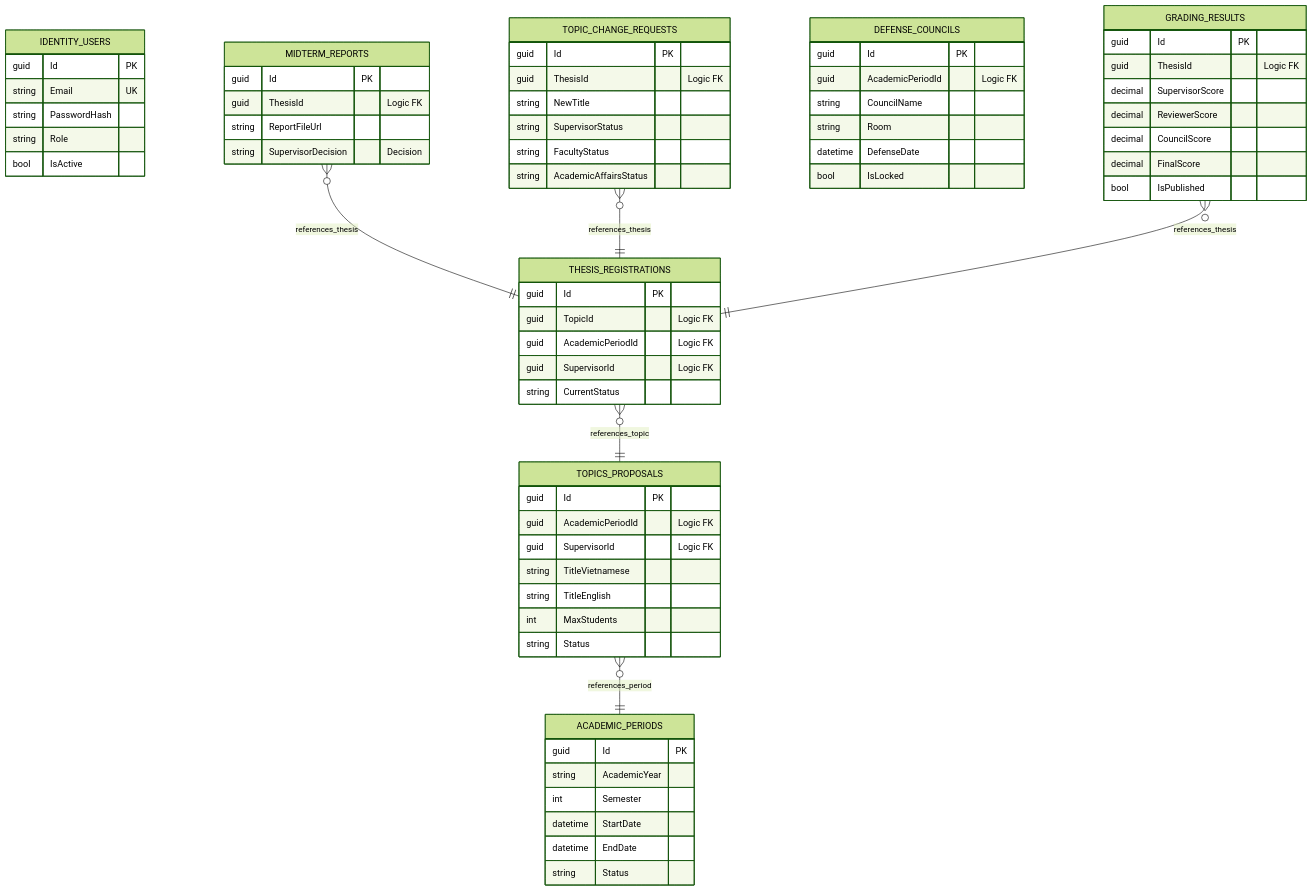
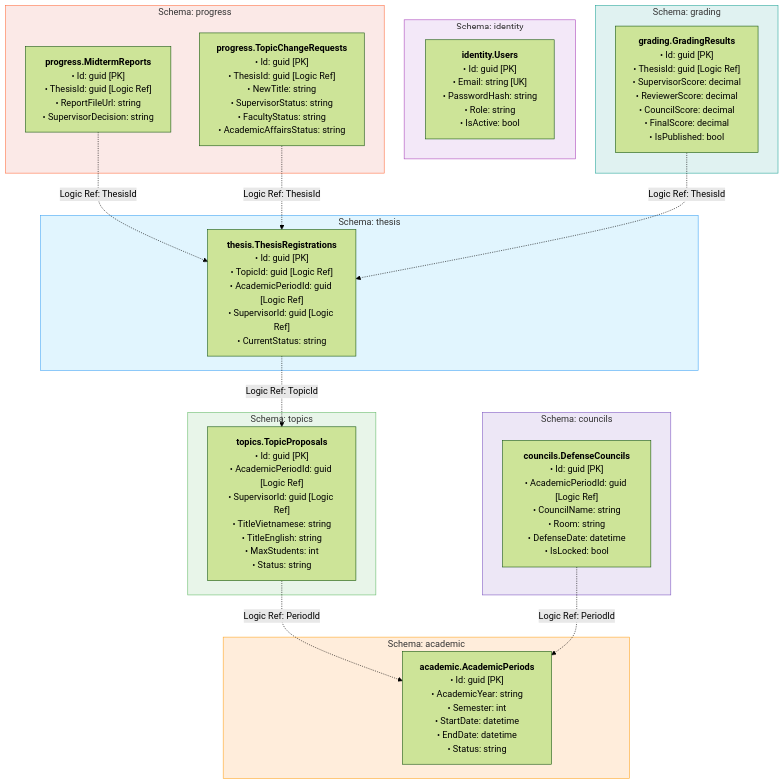
Diagram 12 of 13 in docs/Architecture.md (karasuma-2401/UGTM), drawn with Mermaid (forest theme) before and after one commit. The commit also changed other lines of this file, not shown here.

Commit message:
fix: diagram part 2

````diff
--- a/docs/Architecture.md
+++ b/docs/Architecture.md
@@ -660,85 +660,46 @@
 ```mermaid
-erDiagram
-    %% Schema identity
-    IDENTITY_USERS {
-        guid Id PK
-        string Email UK
-        string PasswordHash
-        string Role
-        bool IsActive
-    }
+flowchart TB
+    subgraph S_Identity["Schema: identity"]
+        T_Users["<b>identity.Users</b><br/>• Id: guid [PK]<br/>• Email: string [UK]<br/>• PasswordHash: string<br/>• Role: string<br/>• IsActive: bool"]
+    end
 
-    %% Schema academic
-    ACADEMIC_PERIODS {
-        guid Id PK
-        string AcademicYear
-        int Semester
-        datetime StartDate
-        datetime EndDate
-        string Status
-    }
+    subgraph S_Academic["Schema: academic"]
+        T_Periods["<b>academic.AcademicPeriods</b><br/>• Id: guid [PK]<br/>• AcademicYear: string<br/>• Semester: int<br/>• StartDate: datetime<br/>• EndDate: datetime<br/>• Status: string"]
+    end
 
-    %% Schema topics
-    TOPICS_PROPOSALS {
-        guid Id PK
-        guid AcademicPeriodId "Logic FK"
-        guid SupervisorId "Logic FK"
-        string TitleVietnamese
-        string TitleEnglish
-        int MaxStudents
-        string Status
-    }
+    subgraph S_Topics["Schema: topics"]
+        T_Topics["<b>topics.TopicProposals</b><br/>• Id: guid [PK]<br/>• AcademicPeriodId: guid [Logic Ref]<br/>• SupervisorId: guid [Logic Ref]<br/>• TitleVietnamese: string<br/>• TitleEnglish: string<br/>• MaxStudents: int<br/>• Status: string"]
+    end
 
-    %% Schema thesis
-    THESIS_REGISTRATIONS {
-        guid Id PK
-        guid TopicId "Logic FK"
-        guid AcademicPeriodId "Logic FK"
-        guid SupervisorId "Logic FK"
-        string CurrentStatus
-    }
+    subgraph S_Thesis["Schema: thesis"]
+        T_Thesis["<b>thesis.ThesisRegistrations</b><br/>• Id: guid [PK]<br/>• TopicId: guid [Logic Ref]<br/>• AcademicPeriodId: guid [Logic Ref]<br/>• SupervisorId: guid [Logic Ref]<br/>• CurrentStatus: string"]
+    end
 
-    %% Schema progress
-    MIDTERM_REPORTS {
-        guid Id PK
-        guid ThesisId "Logic FK"
-        string ReportFileUrl
-        string SupervisorDecision "Decision"
-    }
+    subgraph S_Progress["Schema: progress"]
+        T_Midterm["<b>progress.MidtermReports</b><br/>• Id: guid [PK]<br/>• ThesisId: guid [Logic Ref]<br/>• ReportFileUrl: string<br/>• SupervisorDecision: string"]
+        T_Change["<b>progress.TopicChangeRequests</b><br/>• Id: guid [PK]<br/>• ThesisId: guid [Logic Ref]<br/>• NewTitle: string<br/>• SupervisorStatus: string<br/>• FacultyStatus: string<br/>• AcademicAffairsStatus: string"]
+    end
 
-    TOPIC_CHANGE_REQUESTS {
-        guid Id PK
-        guid ThesisId "Logic FK"
-        string NewTitle
-        string SupervisorStatus
-        string FacultyStatus
-        string AcademicAffairsStatus
-    }
+    subgraph S_Councils["Schema: councils"]
+        T_Councils["<b>councils.DefenseCouncils</b><br/>• Id: guid [PK]<br/>• AcademicPeriodId: guid [Logic Ref]<br/>• CouncilName: string<br/>• Room: string<br/>• DefenseDate: datetime<br/>• IsLocked: bool"]
+    end
 
-    %% Schema councils
-    DEFENSE_COUNCILS {
-        guid Id PK
-        guid AcademicPeriodId "Logic FK"
-        string CouncilName
-        string Room
-        datetime DefenseDate
-        bool IsLocked
-    }
+    subgraph S_Grading["Schema: grading"]
+        T_Grading["<b>grading.GradingResults</b><br/>• Id: guid [PK]<br/>• ThesisId: guid [Logic Ref]<br/>• SupervisorScore: decimal<br/>• ReviewerScore: decimal<br/>• CouncilScore: decimal<br/>• FinalScore: decimal<br/>• IsPublished: bool"]
+    end
 
-    %% Schema grading
-    GRADING_RESULTS {
-        guid Id PK
-        guid ThesisId "Logic FK"
-        decimal SupervisorScore
-        decimal ReviewerScore
-        decimal CouncilScore
-        decimal FinalScore
-        bool IsPublished
-    }
+    T_Topics -.->|Logic Ref: PeriodId| T_Periods
+    T_Thesis -.->|Logic Ref: TopicId| T_Topics
+    T_Midterm -.->|Logic Ref: ThesisId| T_Thesis
+    T_Change -.->|Logic Ref: ThesisId| T_Thesis
+    T_Grading -.->|Logic Ref: ThesisId| T_Thesis
+    T_Councils -.->|Logic Ref: PeriodId| T_Periods
 
-    TOPICS_PROPOSALS }o--|| ACADEMIC_PERIODS : references_period
-    THESIS_REGISTRATIONS }o--|| TOPICS_PROPOSALS : references_topic
-    MIDTERM_REPORTS }o--|| THESIS_REGISTRATIONS : references_thesis
-    TOPIC_CHANGE_REQUESTS }o--|| THESIS_REGISTRATIONS : references_thesis
-    GRADING_RESULTS }o--|| THESIS_REGISTRATIONS : references_thesis
+    style S_Identity fill:#f3e8f8,stroke:#ab47bc,stroke-width:1px
+    style S_Academic fill:#ffeddb,stroke:#ffa726,stroke-width:1px
+    style S_Topics fill:#e8f5e9,stroke:#66bb6a,stroke-width:1px
+    style S_Thesis fill:#e1f5fe,stroke:#42a5f5,stroke-width:1px
+    style S_Progress fill:#fbe9e7,stroke:#ff7043,stroke-width:1px
+    style S_Councils fill:#ede7f6,stroke:#7e57c2,stroke-width:1px
+    style S_Grading fill:#e0f2f1,stroke:#26a69a,stroke-width:1px
 ```
````
